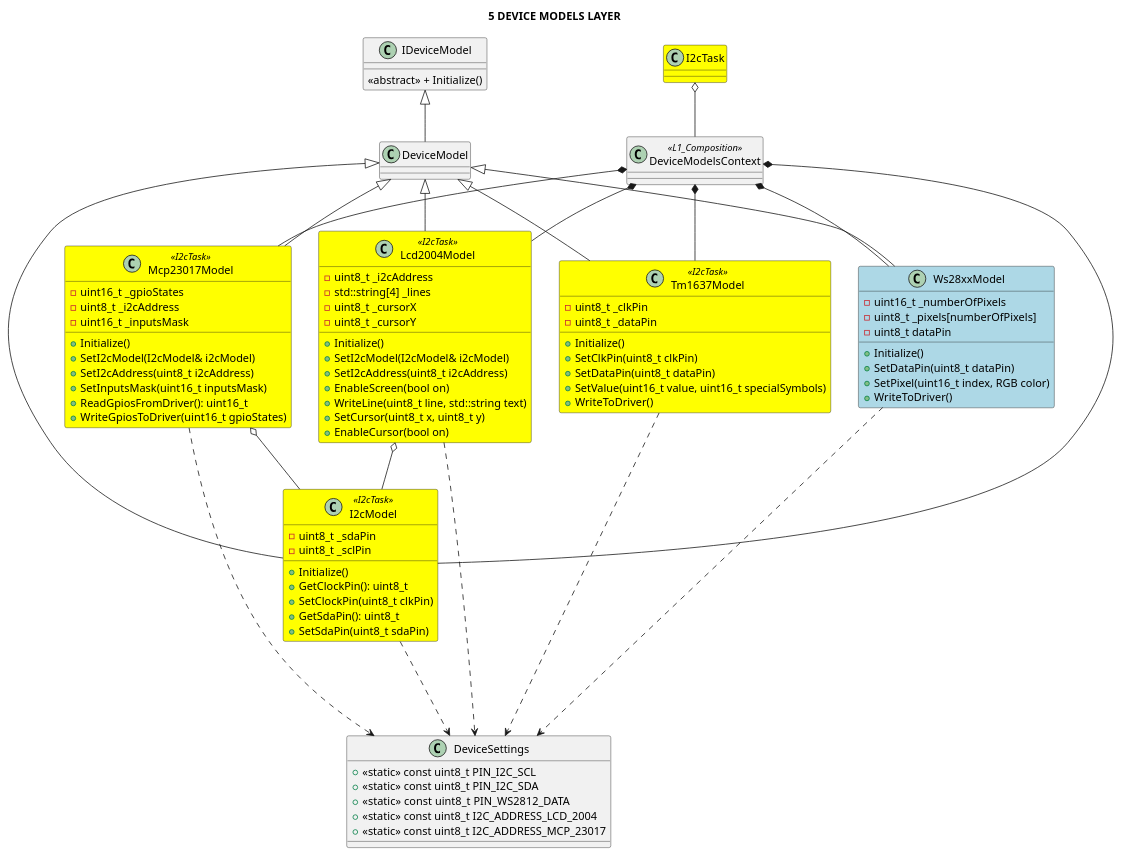
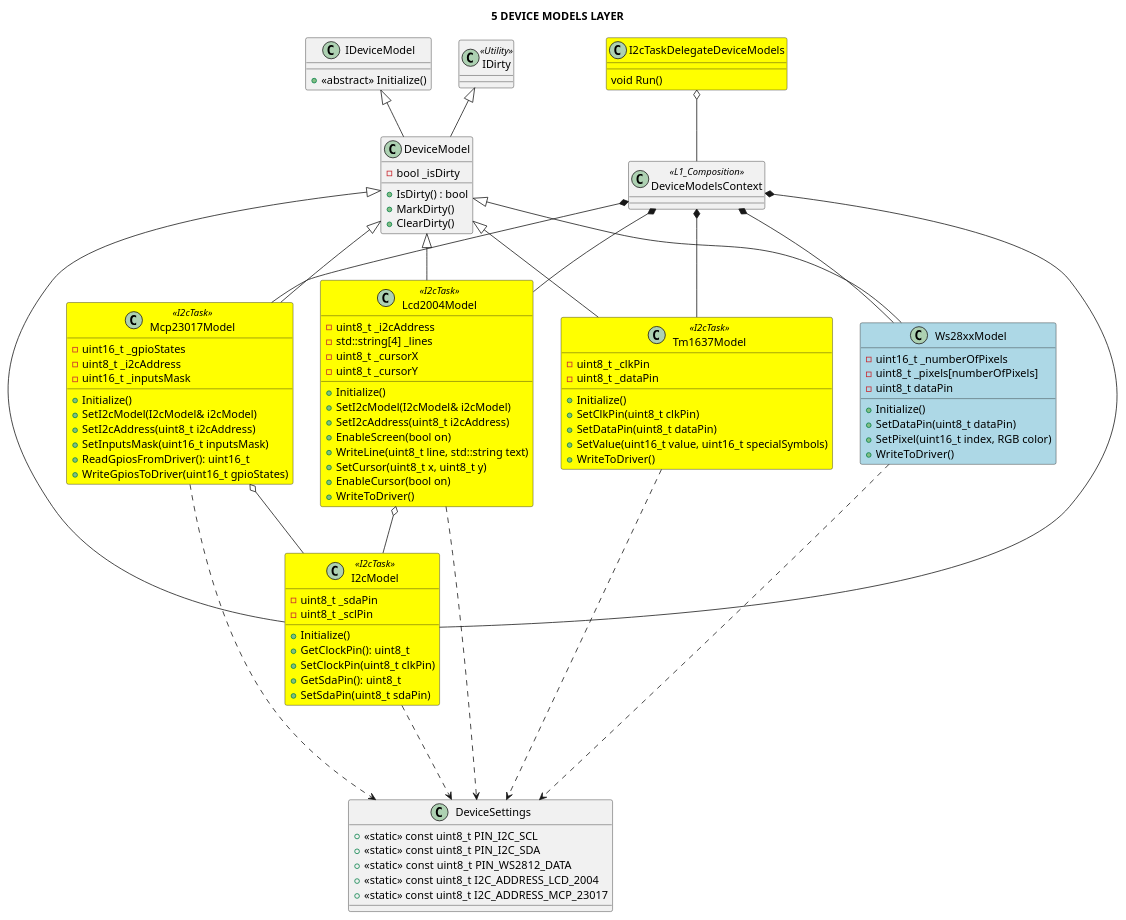
One commit to michelkeijzers/fraxis changed the diagram in Docs/Software Design/Layers/L5_device_models_layer.puml. Above: the diagram before and after it, drawn with PlantUML. The commit also changed 24 other files, not shown here.

```diff
--- a/Docs/Software Design/Layers/L5_device_models_layer.puml
+++ b/Docs/Software Design/Layers/L5_device_models_layer.puml
@@ -1,127 +1,136 @@
 @startuml
 
 title 5 DEVICE MODELS LAYER
 
 skinparam packageStyle rectangle
 skinparam lineThickness 2
 
 class DeviceSettings
 {
     + <<static>> const uint8_t PIN_I2C_SCL
     + <<static>> const uint8_t PIN_I2C_SDA
     + <<static>> const uint8_t PIN_WS2812_DATA
     + <<static>> const uint8_t I2C_ADDRESS_LCD_2004
     + <<static>> const uint8_t I2C_ADDRESS_MCP_23017
-
-
 }
 
 class DeviceModelsContext <<L1_Composition>>
 {
 }
 
+class IDirty <<Utility>>
+{
+}
+
 class IDeviceModel
 {
-    <<abstract>> + Initialize()
+    + <<abstract>> Initialize()
 }
 
 class DeviceModel 
 {
+    - bool _isDirty 
+    + IsDirty() : bool
+    + MarkDirty()
+    + ClearDirty()
 }
 
 DeviceModel -u-|> IDeviceModel
+DeviceModel -u-|> IDirty
 
 class Ws28xxModel #lightblue
 {
     - uint16_t _numberOfPixels
     - uint8_t _pixels[numberOfPixels]
     - uint8_t dataPin
     + Initialize()
     + SetDataPin(uint8_t dataPin)
     + SetPixel(uint16_t index, RGB color)
     + WriteToDriver()
 }
 
 Ws28xxModel -u-|> DeviceModel
 
-class I2cTask #yellow
+class I2cTaskDelegateDeviceModels #yellow
 {
+    void Run()
 }
 
 class I2cModel <<I2cTask>> #yellow
 {
     - uint8_t _sdaPin 
     - uint8_t _sclPin 
     + Initialize()
     + GetClockPin(): uint8_t
     + SetClockPin(uint8_t clkPin)
     + GetSdaPin(): uint8_t
     + SetSdaPin(uint8_t sdaPin)
 }
 
 I2cModel -u-|> DeviceModel
 
 class Mcp23017Model <<I2cTask>> #yellow
 {
     - uint16_t _gpioStates
     - uint8_t _i2cAddress
     - uint16_t _inputsMask
     + Initialize()
     + SetI2cModel(I2cModel& i2cModel)
     + SetI2cAddress(uint8_t i2cAddress) 
     + SetInputsMask(uint16_t inputsMask)
     + ReadGpiosFromDriver(): uint16_t
     + WriteGpiosToDriver(uint16_t gpioStates)
 }
 
 Mcp23017Model -u-|> DeviceModel
 
 Mcp23017Model o-- I2cModel
 
 class Tm1637Model <<I2cTask>> #yellow
 {
     - uint8_t _clkPin
     - uint8_t _dataPin
     + Initialize()
     + SetClkPin(uint8_t clkPin)
     + SetDataPin(uint8_t dataPin)
     + SetValue(uint16_t value, uint16_t specialSymbols)
     + WriteToDriver()
 }
 
 Tm1637Model -u-|> DeviceModel
 
 class Lcd2004Model <<I2cTask>> #yellow
 {
     - uint8_t _i2cAddress
     - std::string[4] _lines
     - uint8_t _cursorX
     - uint8_t _cursorY
     + Initialize()
     + SetI2cModel(I2cModel& i2cModel)
     + SetI2cAddress(uint8_t i2cAddress) 
     + EnableScreen(bool on)
     + WriteLine(uint8_t line, std::string text)
     + SetCursor(uint8_t x, uint8_t y)
     + EnableCursor(bool on)
+    + WriteToDriver()
 }
 
 Lcd2004Model o-- I2cModel
 
 Lcd2004Model -u-|> DeviceModel
 
 DeviceModelsContext *-- Ws28xxModel
 DeviceModelsContext *-- I2cModel 
 DeviceModelsContext *-- Mcp23017Model
 DeviceModelsContext *-- Tm1637Model
 DeviceModelsContext *-- Lcd2004Model
 
-I2cTask o-- DeviceModelsContext
+I2cTaskDelegateDeviceModels o-- DeviceModelsContext
 
 Ws28xxModel ..> DeviceSettings
 I2cModel ..-> DeviceSettings
 Mcp23017Model ..> DeviceSettings
 Lcd2004Model ..> DeviceSettings
 Tm1637Model ..> DeviceSettings
 
 @enduml
```
